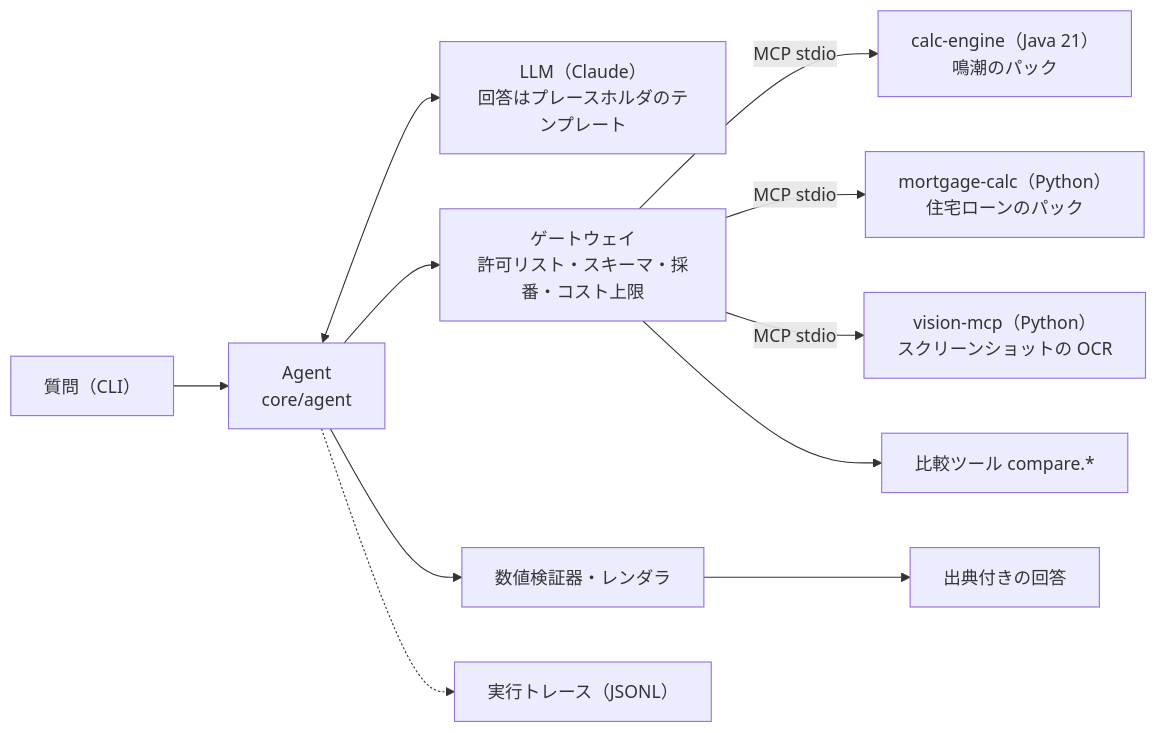
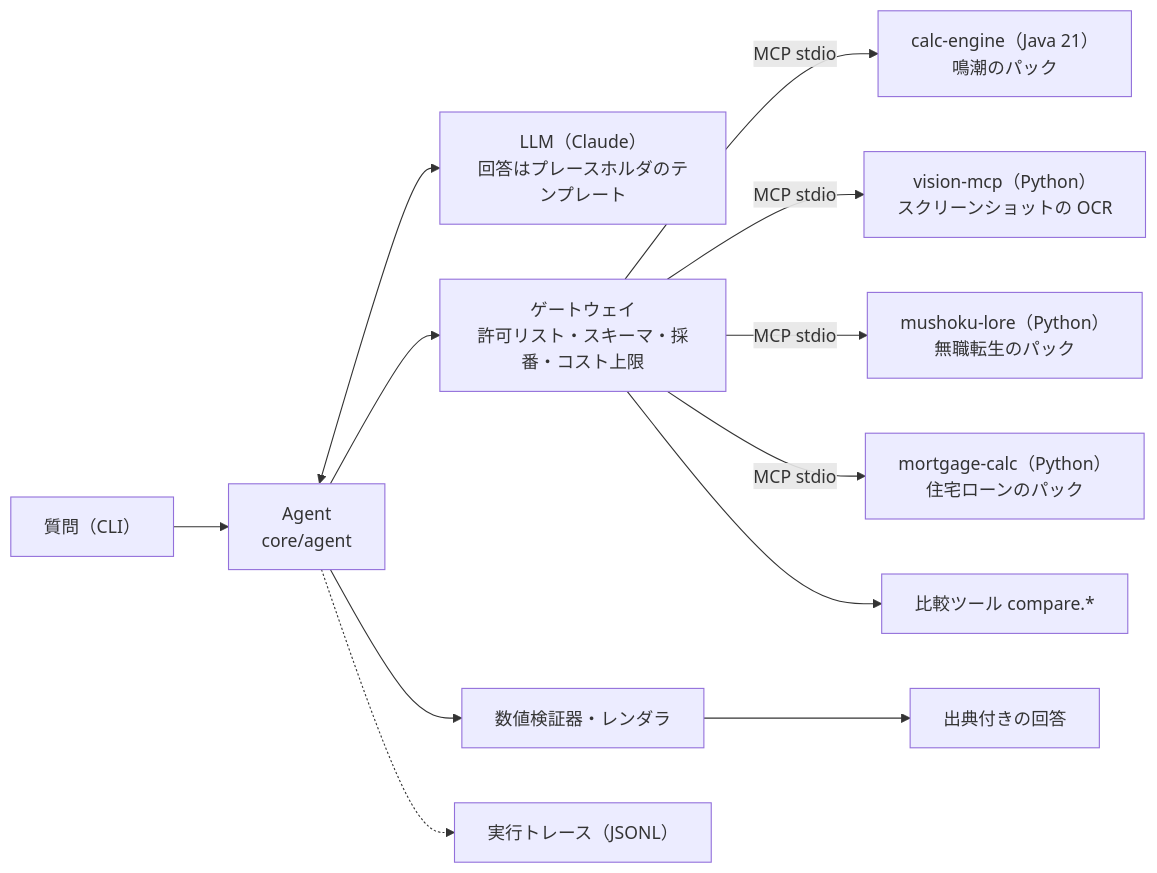
The diagram in README.md (hexinlong9981/echolab), drawn with Mermaid before and after one commit. The commit also changed other lines of this file and 22 other files, not shown here.

````diff
--- a/README.md
+++ b/README.md
@@ -42,13 +42,14 @@
 ```mermaid
 flowchart LR
   Q["質問（CLI）"] --> A["Agent<br/>core/agent"]
   A <--> L["LLM（Claude）<br/>回答はプレースホルダのテンプレート"]
   A --> G["ゲートウェイ<br/>許可リスト・スキーマ・採番・コスト上限"]
   G -->|MCP stdio| J["calc-engine（Java 21）<br/>鳴潮のパック"]
+  G -->|MCP stdio| O["vision-mcp（Python）<br/>スクリーンショットの OCR"]
+  G -->|MCP stdio| N["mushoku-lore（Python）<br/>無職転生のパック"]
   G -->|MCP stdio| M["mortgage-calc（Python）<br/>住宅ローンのパック"]
-  G -->|MCP stdio| O["vision-mcp（Python）<br/>スクリーンショットの OCR"]
   G --> K["比較ツール compare.*"]
   A --> V["数値検証器・レンダラ"]
   V --> R["出典付きの回答"]
   A -.-> T["実行トレース（JSONL）"]
 ```
````
